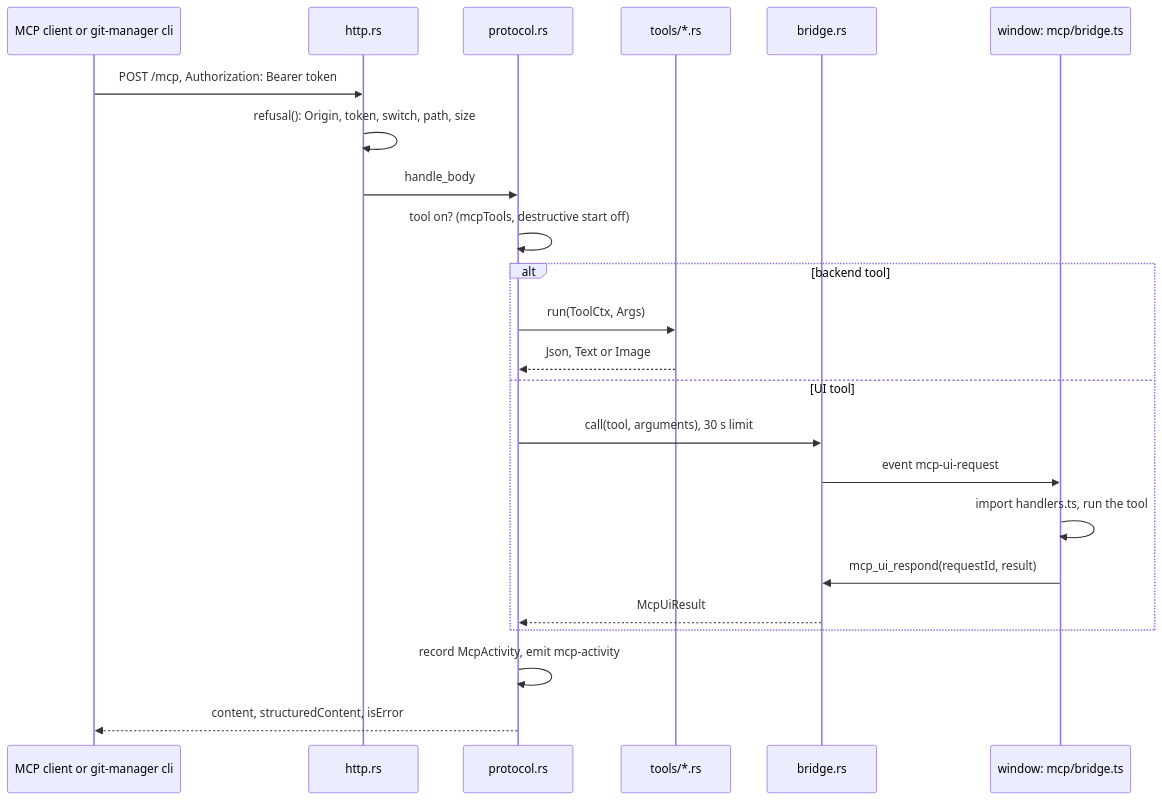
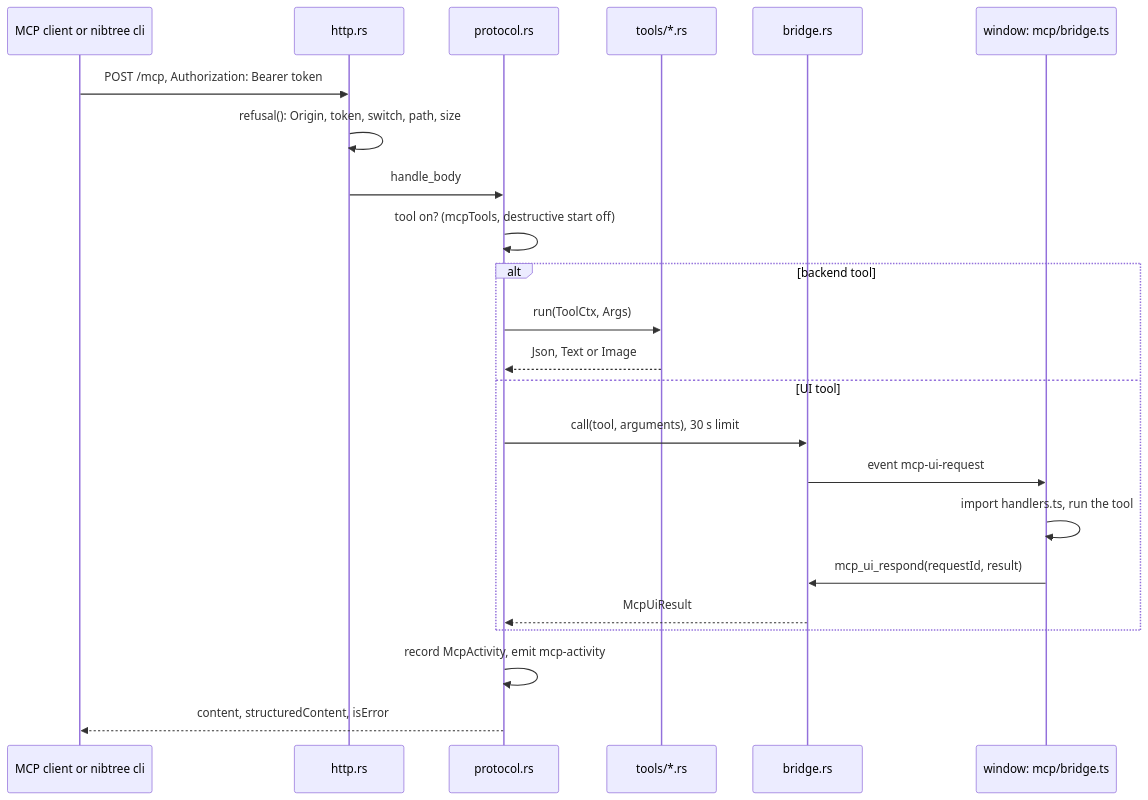
The diagram in docs/wiki/developer/How-MCP-and-CLI-Work.md (shibbirweb/git-manager), drawn with Mermaid before and after one commit. The commit also changed other lines of this file and 268 other files, not shown here.

Commit message:
feat:[GM-142] Git Manager is now Nibtree

````diff
--- a/docs/wiki/developer/How-MCP-and-CLI-Work.md
+++ b/docs/wiki/developer/How-MCP-and-CLI-Work.md
@@ -15,25 +15,25 @@
 ```mermaid
 sequenceDiagram
-  participant C as MCP client or git-manager cli
+  participant C as MCP client or nibtree cli
   participant H as http.rs
   participant P as protocol.rs
   participant T as tools/*.rs
   participant B as bridge.rs
   participant W as window: mcp/bridge.ts
   C->>H: POST /mcp, Authorization: Bearer token
   H->>H: refusal(): Origin, token, switch, path, size
   H->>P: handle_body
   P->>P: tool on? (mcpTools, destructive start off)
   alt backend tool
     P->>T: run(ToolCtx, Args)
     T-->>P: Json, Text or Image
   else UI tool
     P->>B: call(tool, arguments), 30 s limit
     B->>W: event mcp-ui-request
     W->>W: import handlers.ts, run the tool
     W->>B: mcp_ui_respond(requestId, result)
     B-->>P: McpUiResult
   end
   P->>P: record McpActivity, emit mcp-activity
   P-->>C: content, structuredContent, isError
 ```
````
